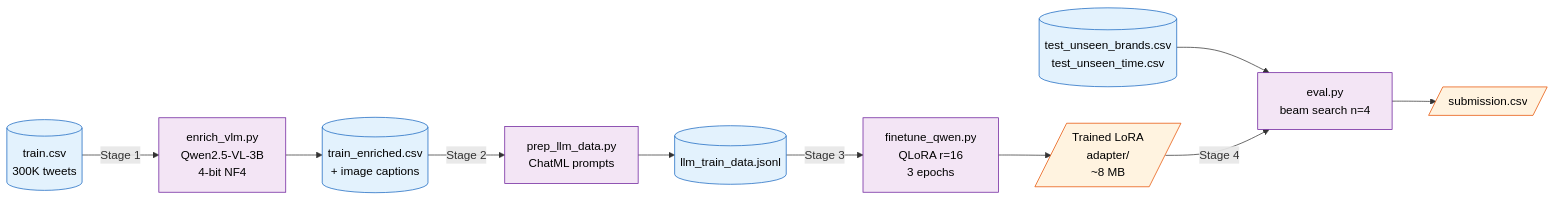
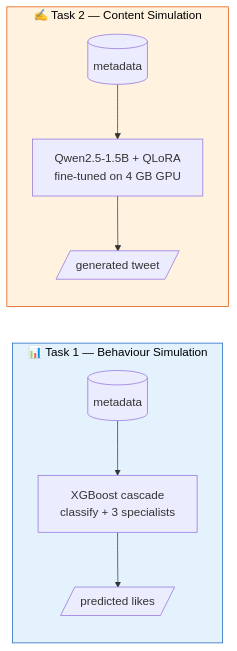
One commit to havish-coder/Tweet_analyzer changed the diagram in README.md. Above: the diagram before and after it, drawn with Mermaid. The commit also changed other lines of this file and 25 other files, not shown here.

````diff
--- a/README.md
+++ b/README.md
@@ -80,23 +24,15 @@
 ```mermaid
 flowchart LR
-    A[(train.csv<br/>300K tweets)] -->|"Stage 1"| B[enrich_vlm.py<br/>Qwen2.5-VL-3B<br/>4-bit NF4]
-    B --> C[(train_enriched.csv<br/>+ image captions)]
-    C -->|"Stage 2"| D[prep_llm_data.py<br/>ChatML prompts]
-    D --> E[(llm_train_data.jsonl)]
-    E -->|"Stage 3"| F[finetune_qwen.py<br/>QLoRA r=16<br/>3 epochs]
-    F --> G[/Trained LoRA<br/>adapter/<br/>~8 MB/]
-    H[(test_unseen_brands.csv<br/>test_unseen_time.csv)] --> I
-    G -->|"Stage 4"| I[eval.py<br/>beam search n=4]
-    I --> J[/submission.csv/]
+    subgraph T1["📊 Task 1 — Behaviour Simulation"]
+        T1in[(metadata)] --> T1m[XGBoost cascade<br/>classify + 3 specialists]
+        T1m --> T1out[/predicted likes/]
+    end
 
-    style A fill:#e3f2fd,stroke:#1565c0,color:#000
-    style C fill:#e3f2fd,stroke:#1565c0,color:#000
-    style E fill:#e3f2fd,stroke:#1565c0,color:#000
-    style H fill:#e3f2fd,stroke:#1565c0,color:#000
-    style G fill:#fff3e0,stroke:#e65100,color:#000
-    style J fill:#fff3e0,stroke:#e65100,color:#000
-    style B fill:#f3e5f5,stroke:#6a1b9a,color:#000
-    style D fill:#f3e5f5,stroke:#6a1b9a,color:#000
-    style F fill:#f3e5f5,stroke:#6a1b9a,color:#000
-    style I fill:#f3e5f5,stroke:#6a1b9a,color:#000
+    subgraph T2["✍️ Task 2 — Content Simulation"]
+        T2in[(metadata)] --> T2m[Qwen2.5-1.5B + QLoRA<br/>fine-tuned on 4 GB GPU]
+        T2m --> T2out[/generated tweet/]
+    end
+
+    style T1 fill:#e3f2fd,stroke:#1565c0,color:#000
+    style T2 fill:#fff3e0,stroke:#e65100,color:#000
 ```
````
